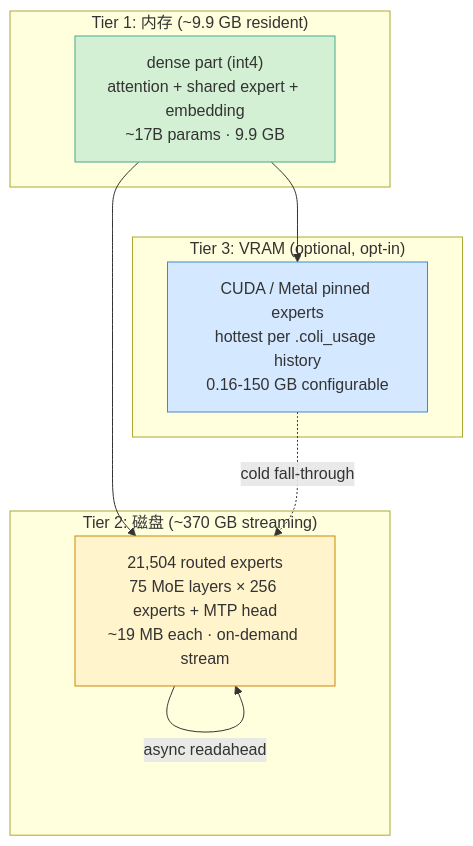
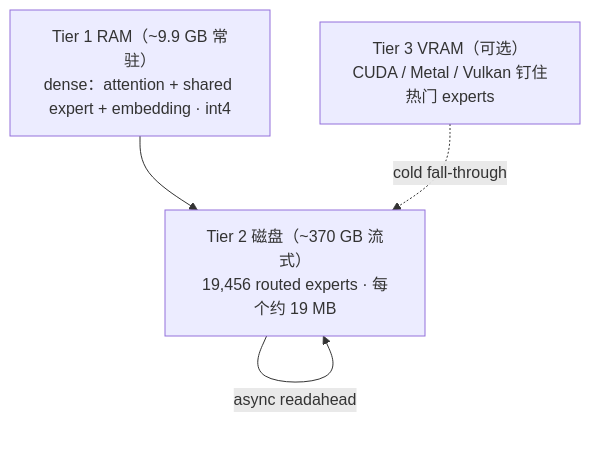
One commit to A1pha3/text-matrix changed the diagram in content/posts/tech/colibri-744b-moe-on-25gb-ram-pure-c-engine.md. Above: the diagram before and after it, drawn with Mermaid. The commit also changed other lines of this file and 10 other files, not shown here.

````diff
--- a/content/posts/tech/colibri-744b-moe-on-25gb-ram-pure-c-engine.md
+++ b/content/posts/tech/colibri-744b-moe-on-25gb-ram-pure-c-engine.md
@@ -19,21 +42,9 @@
 ```mermaid
 flowchart TB
-    subgraph Tier1["Tier 1: 内存 (~9.9 GB resident)"]
-        D1["dense part (int4)<br/>attention + shared expert + embedding<br/>~17B params · 9.9 GB"]
-    end
-    subgraph Tier2["Tier 2: 磁盘 (~370 GB streaming)"]
-        D2["21,504 routed experts<br/>75 MoE layers × 256 experts + MTP head<br/>~19 MB each · on-demand stream"]
-    end
-    subgraph Tier3["Tier 3: VRAM (optional, opt-in)"]
-        D3["CUDA / Metal pinned experts<br/>hottest per .coli_usage history<br/>0.16-150 GB configurable"]
-    end
-
+    D1["Tier 1 RAM（~9.9 GB 常驻）<br/>dense：attention + shared expert + embedding · int4"]
+    D2["Tier 2 磁盘（~370 GB 流式）<br/>19,456 routed experts · 每个约 19 MB"]
+    D3["Tier 3 VRAM（可选）<br/>CUDA / Metal / Vulkan 钉住热门 experts"]
     D1 --> D2
-    D1 --> D3
     D2 -->|async readahead| D2
     D3 -.->|cold fall-through| D2
-
-    style D1 fill:#d4f0d4,stroke:#4a8
-    style D2 fill:#fff4cc,stroke:#c80
-    style D3 fill:#d4e8ff,stroke:#48c
 ```
````
